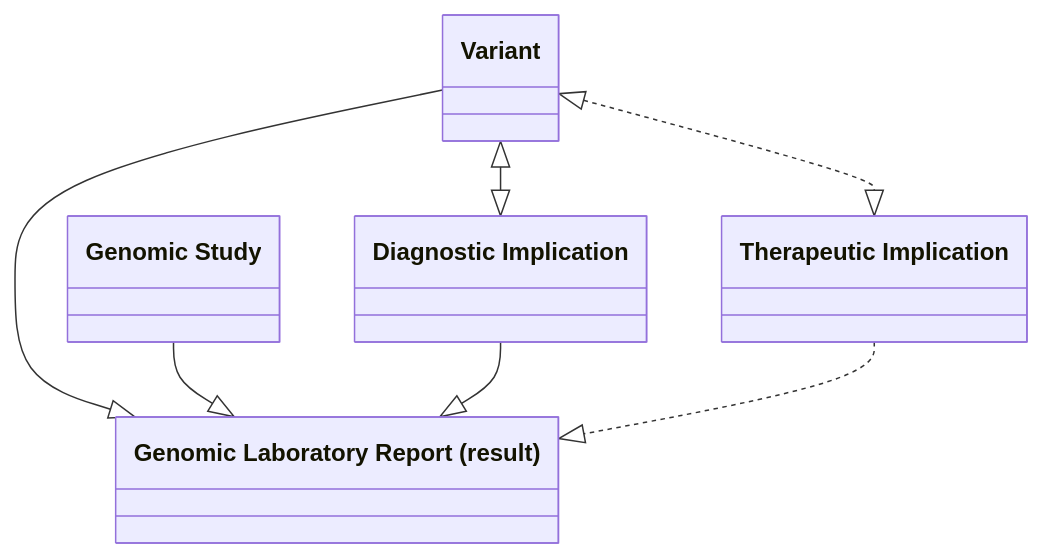
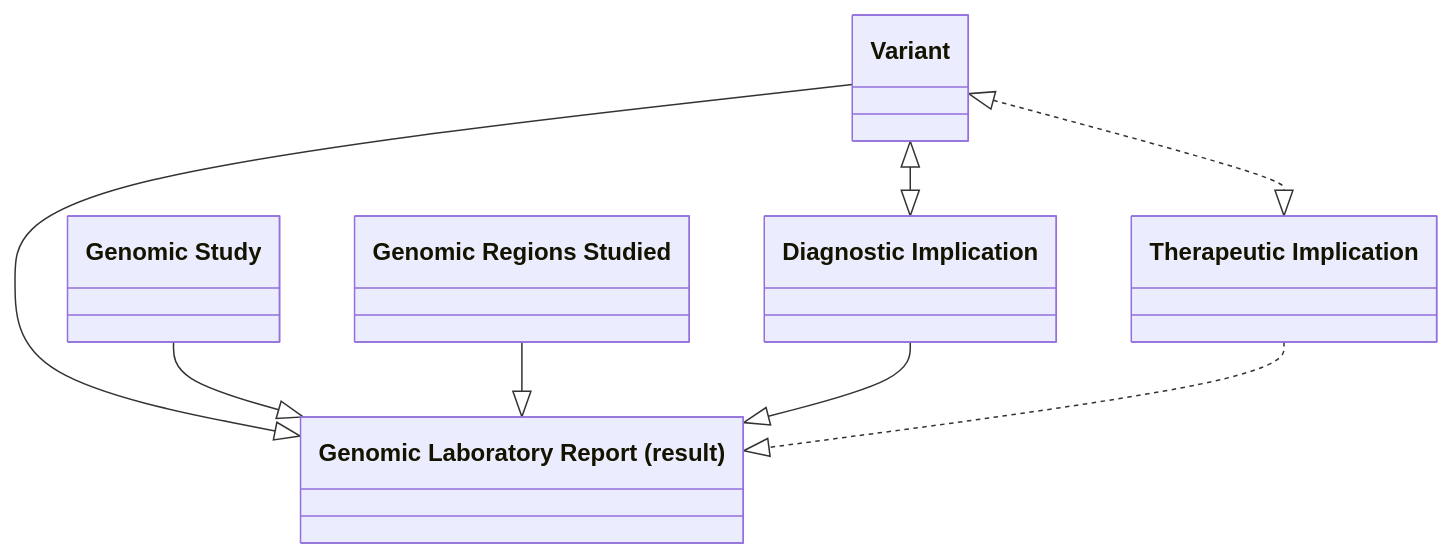
One commit to uk-gov-mirror/nw-gmsa.nw-gmsa.github.com changed the diagram in input/intro-notes/Questionnaire-GenomicTestReport-intro.md. Above: the diagram before and after it, drawn with Mermaid. The commit also changed other lines of this file and 1 other file, not shown here.

````diff
--- a/input/intro-notes/Questionnaire-GenomicTestReport-intro.md
+++ b/input/intro-notes/Questionnaire-GenomicTestReport-intro.md
@@ -51,15 +51,17 @@
 ```mermaid
 classDiagram
     class GenomicReport["Genomic Laboratory Report (result)"]
     class Variant
     class GenomicStudy["Genomic Study"]
     class DiagnosticImplication["Diagnostic Implication"]
     class TherapeuticImplication["Therapeutic Implication"]
+    class GenomicRegion["Genomic Regions Studied"]
 
     Variant --|> GenomicReport 
     GenomicStudy --|> GenomicReport
+    GenomicRegion --|> GenomicReport
     DiagnosticImplication --|> GenomicReport
     TherapeuticImplication ..|> GenomicReport
     Variant <|--|> DiagnosticImplication
     Variant <|..|> TherapeuticImplication
 ```
````
